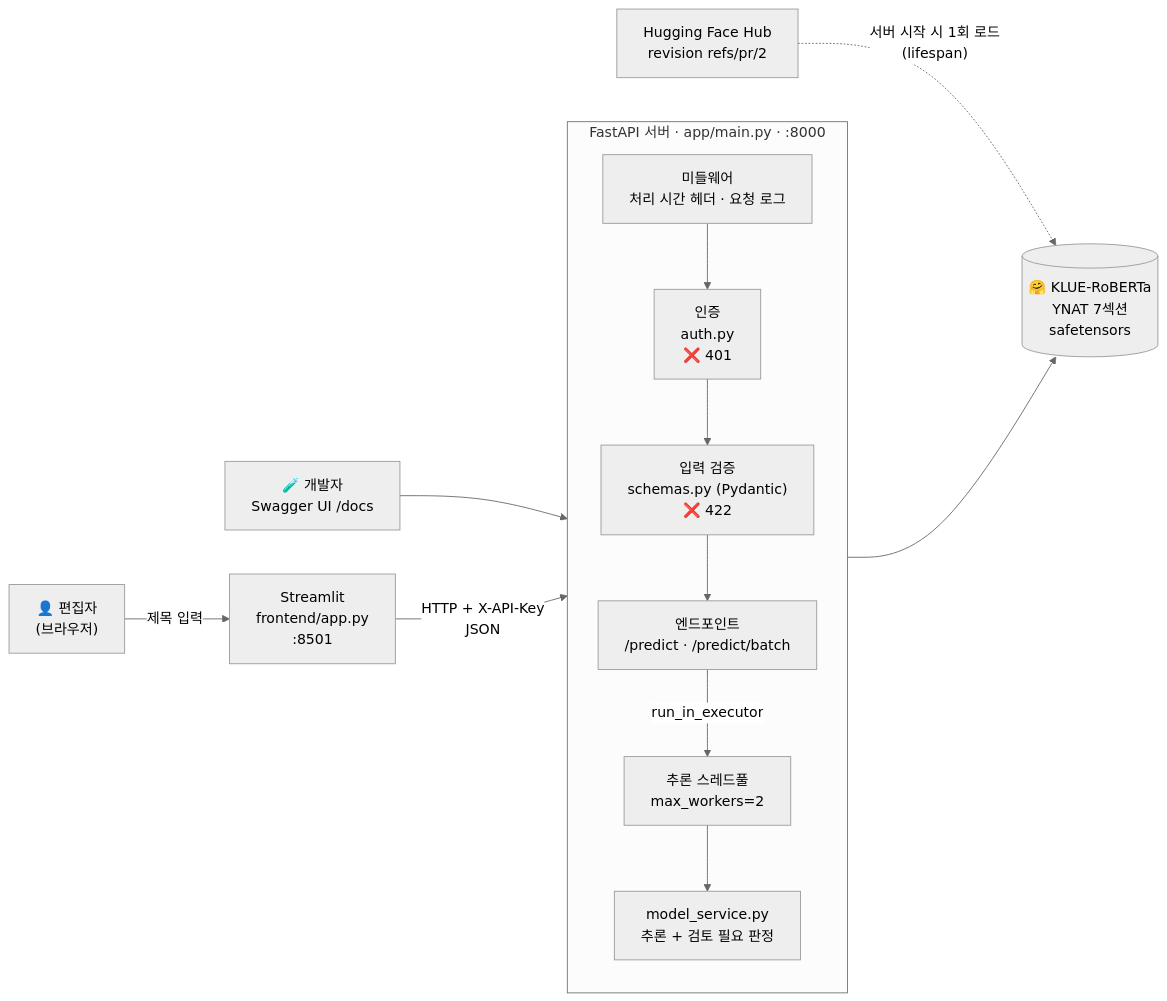
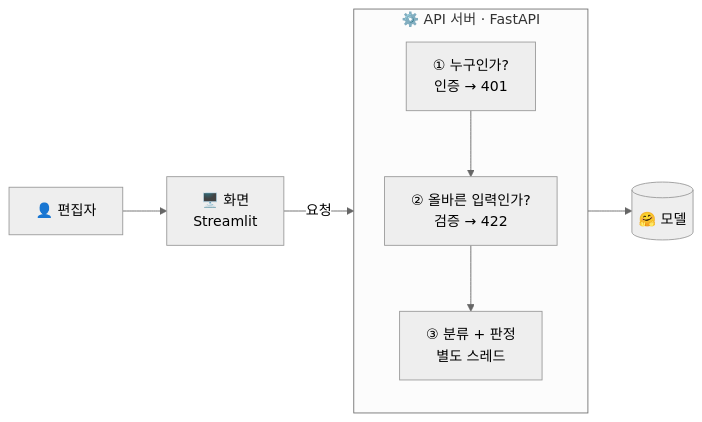
Before and after one commit to stella1298/AIFFEL_Quest_EPA: the diagram in Serving/Serving01/README.md, drawn with Mermaid (neutral theme). The commit also changed other lines of this file and 2 other files, not shown here.

````diff
--- a/Serving/Serving01/README.md
+++ b/Serving/Serving01/README.md
@@ -43,18 +25,11 @@
 ```mermaid
 flowchart LR
-    U["👤 편집자<br/>(브라우저)"] -->|제목 입력| S["Streamlit<br/>frontend/app.py<br/>:8501"]
-    D["🧪 개발자<br/>Swagger UI /docs"] --> API
-    S -->|"HTTP + X-API-Key<br/>JSON"| API
-
-    subgraph API["FastAPI 서버 · app/main.py · :8000"]
+    U["👤 편집자"] --> S["🖥️ 화면<br/>Streamlit"]
+    S -->|요청| G
+    subgraph G["⚙️ API 서버 · FastAPI"]
         direction TB
-        MW["미들웨어<br/>처리 시간 헤더 · 요청 로그"] --> AUTH["인증<br/>auth.py<br/>❌ 401"]
-        AUTH --> VAL["입력 검증<br/>schemas.py (Pydantic)<br/>❌ 422"]
-        VAL --> EP["엔드포인트<br/>/predict · /predict/batch"]
-        EP -->|run_in_executor| POOL["추론 스레드풀<br/>max_workers=2"]
-        POOL --> SVC["model_service.py<br/>추론 + 검토 필요 판정"]
+        A["① 누구인가?<br/>인증 → 401"] --> B["② 올바른 입력인가?<br/>검증 → 422"]
+        B --> C["③ 분류 + 판정<br/>별도 스레드"]
     end
-
-    SVC --> M[("🤗 KLUE-RoBERTa<br/>YNAT 7섹션<br/>safetensors")]
-    HUB["Hugging Face Hub<br/>revision refs/pr/2"] -.->|"서버 시작 시 1회 로드<br/>(lifespan)"| M
+    C --> M[("🤗 모델")]
 ```
````
